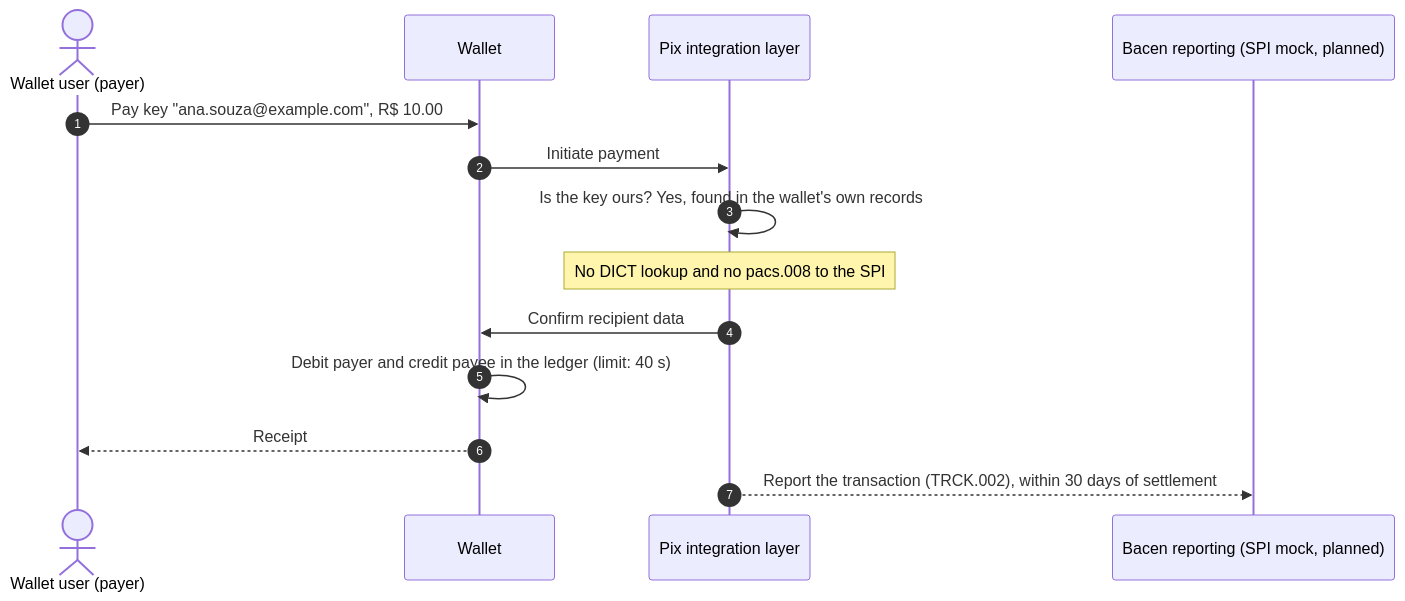
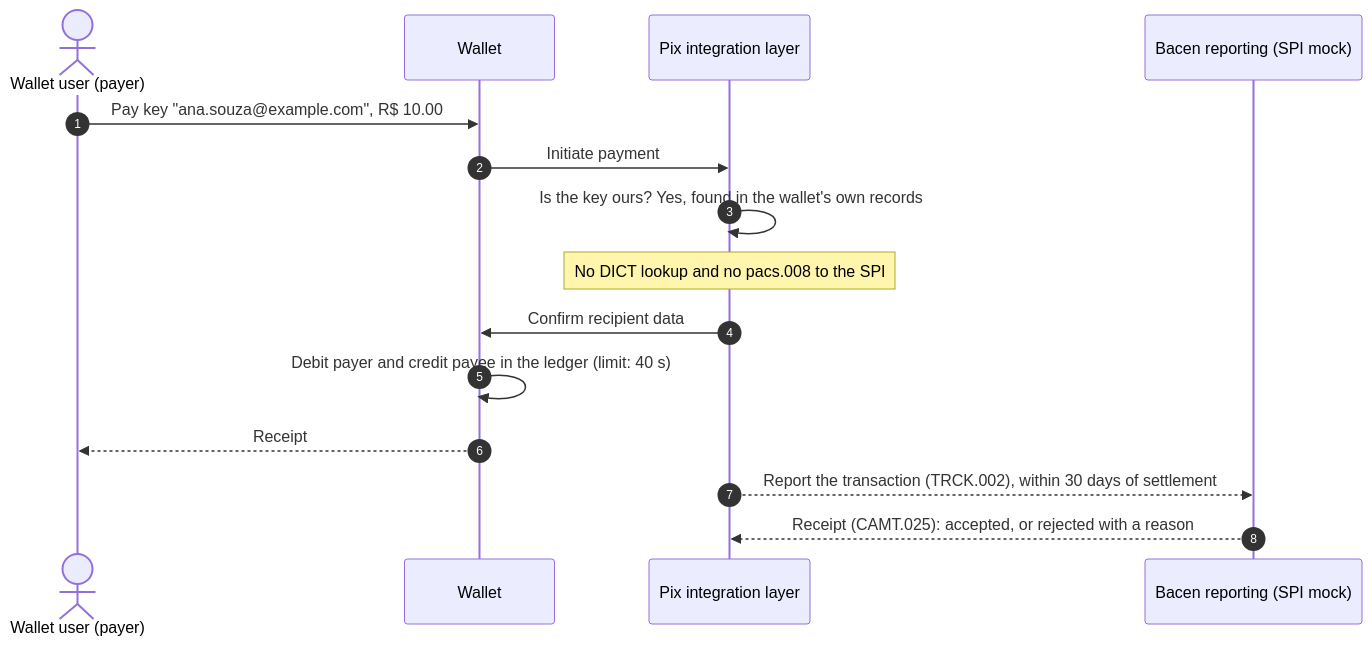
The fifth of 5 diagrams in docs/architecture.md (piovani/pix_fake), drawn with Mermaid before and after one commit. The commit also changed other lines of this file and 16 other files, not shown here.

````diff
--- a/docs/architecture.md
+++ b/docs/architecture.md
@@ -139,17 +142,18 @@
 ```mermaid
 sequenceDiagram
     autonumber
     actor U as Wallet user (payer)
     participant W as Wallet
     participant P as Pix integration layer
-    participant B as Bacen reporting (SPI mock, planned)
+    participant B as Bacen reporting (SPI mock)
 
     U->>W: Pay key "ana.souza@example.com", R$ 10.00
     W->>P: Initiate payment
     P->>P: Is the key ours? Yes, found in the wallet's own records
     Note over P: No DICT lookup and no pacs.008 to the SPI
     P->>W: Confirm recipient data
     W->>W: Debit payer and credit payee in the ledger (limit: 40 s)
     W-->>U: Receipt
     P-->>B: Report the transaction (TRCK.002), within 30 days of settlement
+    B-->>P: Receipt (CAMT.025): accepted, or rejected with a reason
 ```
````
